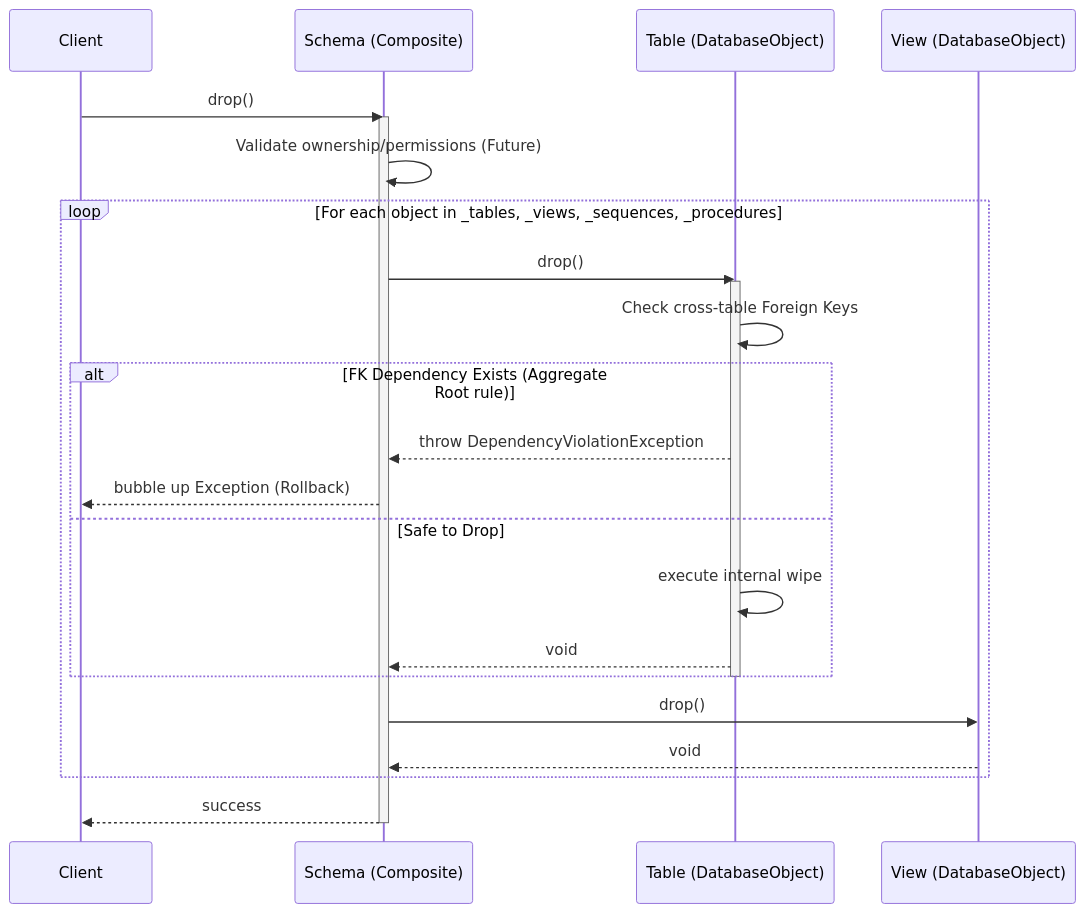
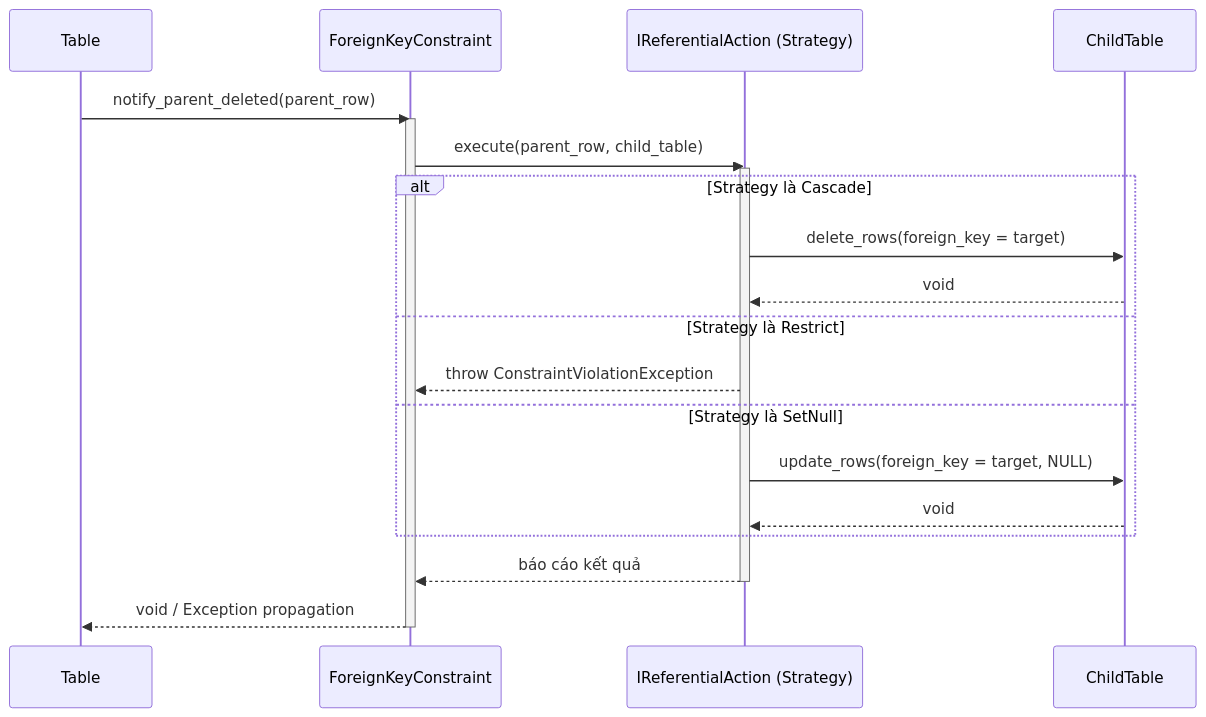
One commit to Ricky13170/bbv_DBMS changed the ninth of 14 diagrams in docs/readme.md. Above: the diagram before and after it, drawn with Mermaid. The commit also changed other lines of this file and 10 other files, not shown here.

````diff
--- a/docs/readme.md
+++ b/docs/readme.md
@@ -222,32 +231,29 @@
 ```mermaid
 sequenceDiagram
-    participant Client
-    participant Sch as Schema (Composite)
-    participant Tbl as Table (DatabaseObject)
-    participant Vw as View (DatabaseObject)
+    participant Table
+    participant FK as ForeignKeyConstraint
+    participant Action as IReferentialAction (Strategy)
+    participant ChildTable
     
-    %% Recursive Drop Operation
-    Client->>Sch: drop()
-    activate Sch
-    Sch->>Sch: Validate ownership/permissions (Future)
+    %% Khi một hàng cha bị xóa đi
+    Table->>FK: notify_parent_deleted(parent_row)
+    activate FK
+    FK->>Action: execute(parent_row, child_table)
+    activate Action
     
-    loop For each object in _tables, _views, _sequences, _procedures
-        Sch->>Tbl: drop()
-        activate Tbl
-        Tbl->>Tbl: Check cross-table Foreign Keys
-        alt FK Dependency Exists (Aggregate Root rule)
-            Tbl-->>Sch: throw DependencyViolationException
-            Sch-->>Client: bubble up Exception (Rollback)
-        else Safe to Drop
-            Tbl->>Tbl: execute internal wipe
-            Tbl-->>Sch: void
-        end
-        deactivate Tbl
-        
-        Sch->>Vw: drop()
-        Vw-->>Sch: void
+    %% Quyền sinh sát lúc này nằm trong tay Strategy
+    alt Strategy là Cascade
+        Action->>ChildTable: delete_rows(foreign_key = target)
+        ChildTable-->>Action: void
+    else Strategy là Restrict
+        Action-->>FK: throw ConstraintViolationException
+    else Strategy là SetNull
+        Action->>ChildTable: update_rows(foreign_key = target, NULL)
+        ChildTable-->>Action: void
     end
     
-    Sch-->>Client: success
-    deactivate Sch
+    Action-->>FK: báo cáo kết quả
+    deactivate Action
+    FK-->>Table: void / Exception propagation
+    deactivate FK
 ```
````
